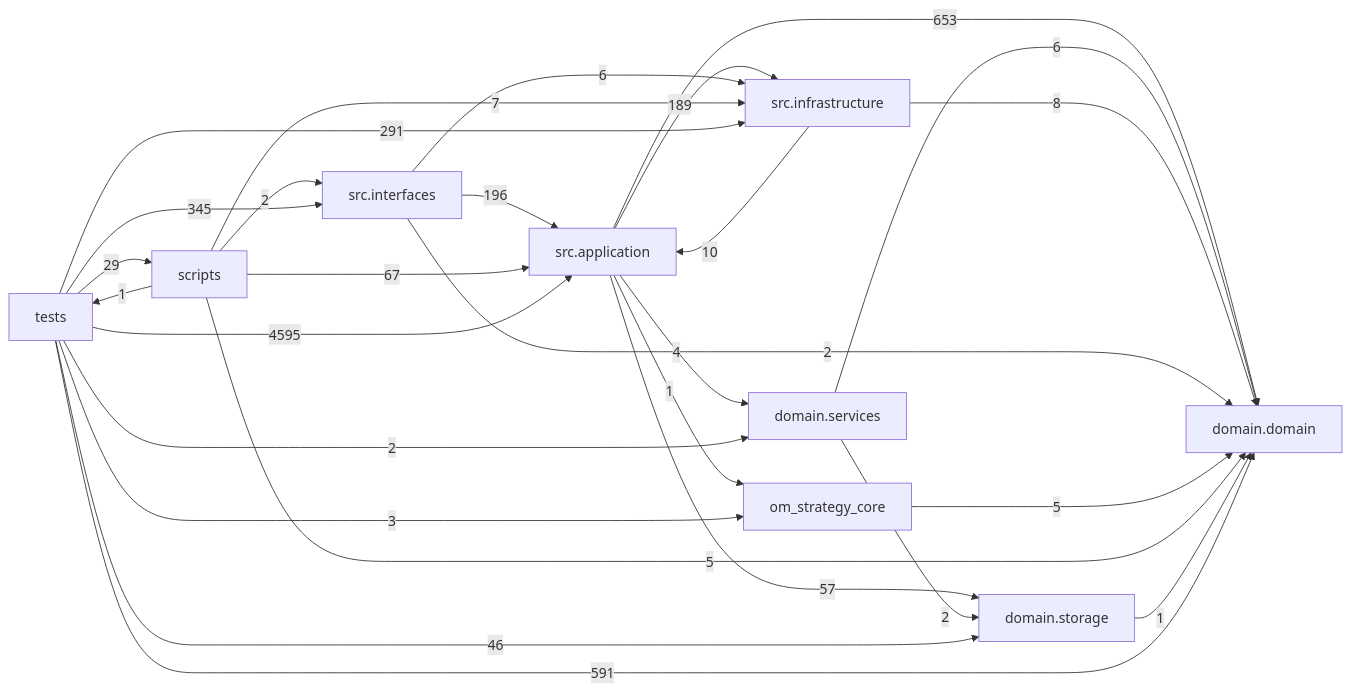
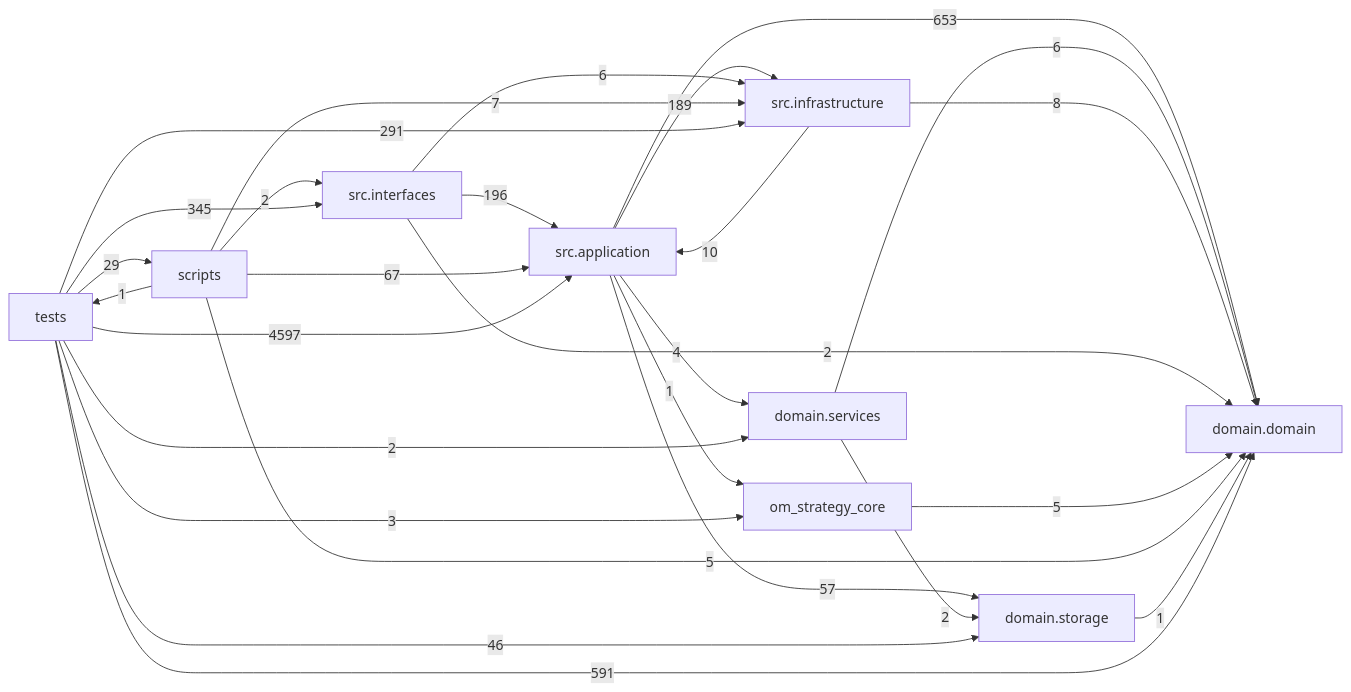
Before and after one commit to liuxie066/options-monitor: the diagram in docs/DEPENDENCY_GRAPH.md, drawn with Mermaid. The commit also changed other lines of this file and 3 other files, not shown here.

````diff
--- a/docs/DEPENDENCY_GRAPH.md
+++ b/docs/DEPENDENCY_GRAPH.md
@@ -24,38 +24,38 @@
 ```mermaid
 flowchart LR
   tests["tests"]
   scripts["scripts"]
   interfaces["src.interfaces"]
   application["src.application"]
   infrastructure["src.infrastructure"]
   domain_services["domain.services"]
   domain["domain.domain"]
   storage["domain.storage"]
   application -->|653| domain
   application -->|4| domain_services
   application -->|189| infrastructure
   application -->|1| om_strategy_core
   application -->|57| storage
   domain_services -->|6| domain
   domain_services -->|2| storage
   infrastructure -->|10| application
   infrastructure -->|8| domain
   interfaces -->|196| application
   interfaces -->|2| domain
   interfaces -->|6| infrastructure
   om_strategy_core -->|5| domain
   scripts -->|67| application
   scripts -->|5| domain
   scripts -->|7| infrastructure
   scripts -->|2| interfaces
   scripts -->|1| tests
   storage -->|1| domain
-  tests -->|4595| application
+  tests -->|4597| application
   tests -->|591| domain
   tests -->|2| domain_services
   tests -->|291| infrastructure
   tests -->|345| interfaces
   tests -->|3| om_strategy_core
   tests -->|29| scripts
   tests -->|46| storage
 ```
````
